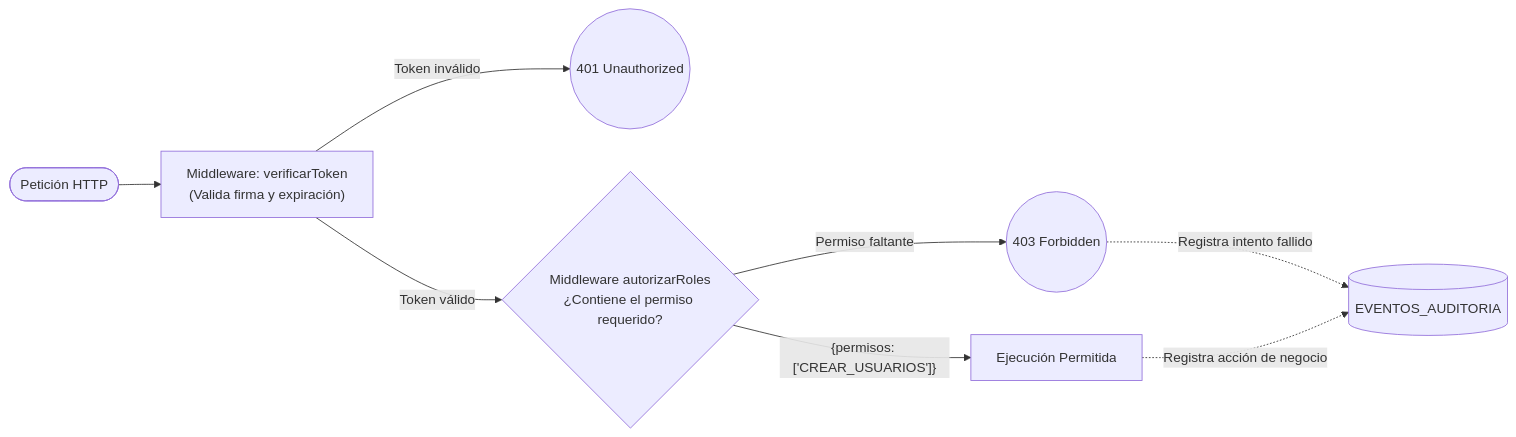
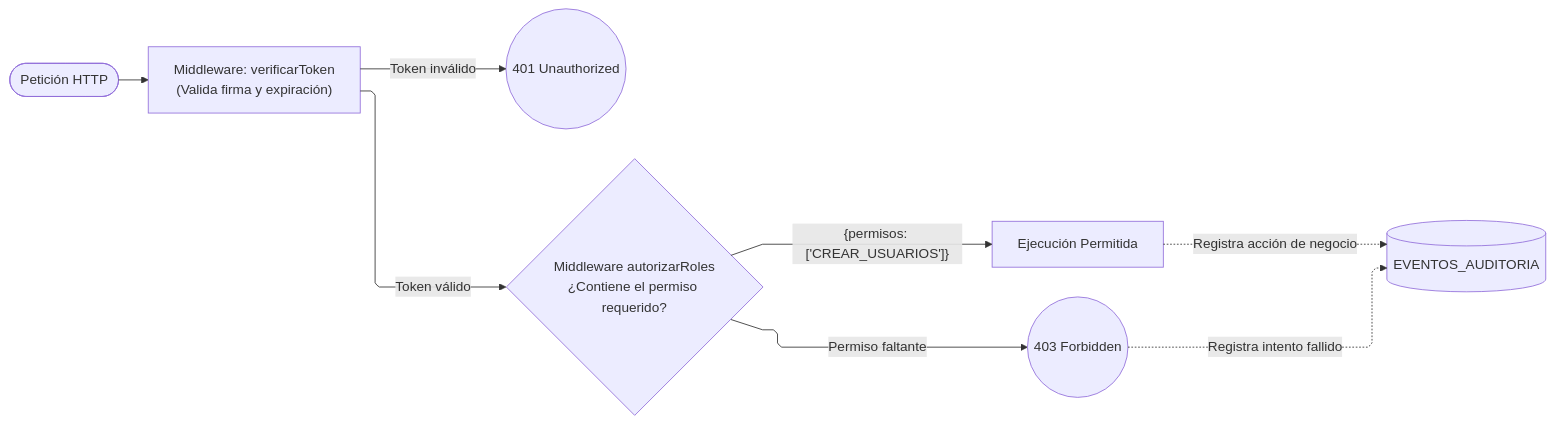
Before and after one commit to 3D74R08/VulnTrack: the fourth of 4 diagrams in README.md, drawn with Mermaid. The commit also changed other lines of this file and 8 other files, not shown here.

````diff
--- a/README.md
+++ b/README.md
@@ -182,12 +345,20 @@
 ```mermaid
+---
+config:
+  layout: elk
+  elk:
+    straightenEdges: true
+  flowchart:
+    curve: linear
+---
 graph LR
     Req(["Petición HTTP"]) --> A["Middleware: verificarToken<br/>(Valida firma y expiración)"]
     A -->|"Token inválido"| F1(("401 Unauthorized"))
     A -->|"Token válido"| B{"Middleware autorizarRoles<br/>¿Contiene el permiso requerido?"}
 
     B -->|"{permisos: ['CREAR_USUARIOS']}"| C["Ejecución Permitida"]
     B -->|"Permiso faltante"| F2(("403 Forbidden"))
 
     F2 -.->|"Registra intento fallido"| Audit[("EVENTOS_AUDITORIA")]
     C -.->|"Registra acción de negocio"| Audit
 ```
````
